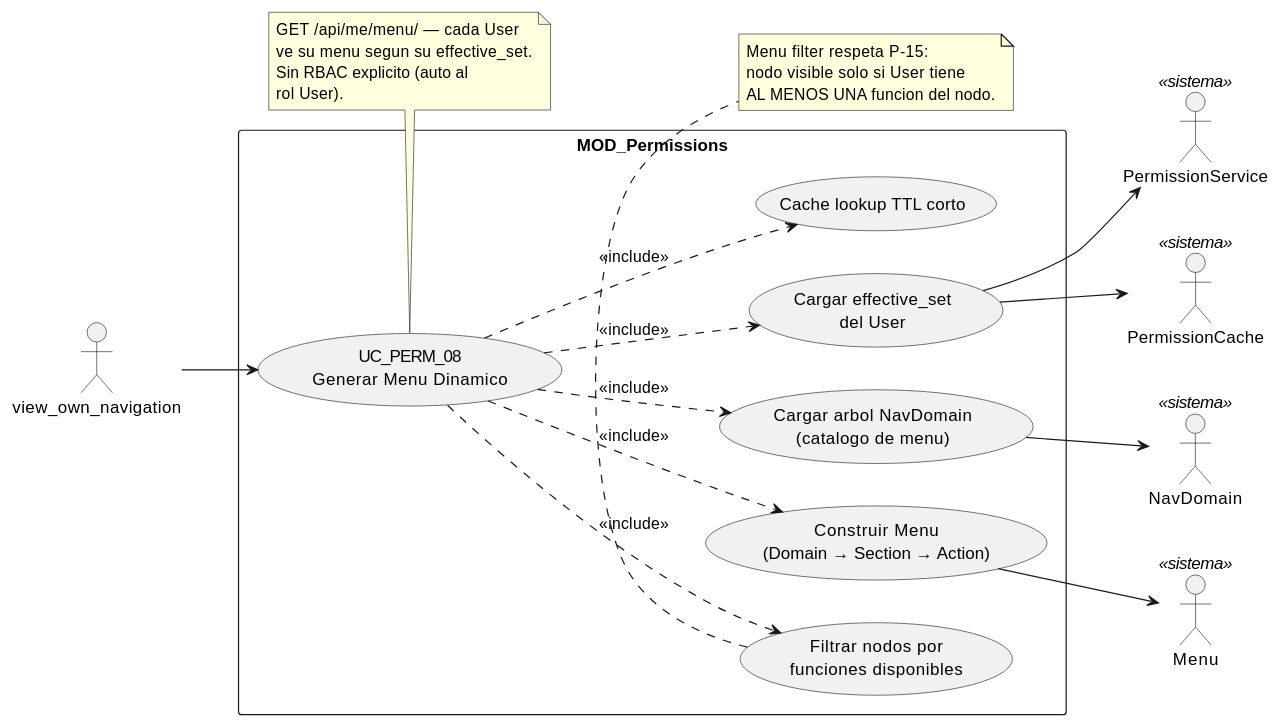
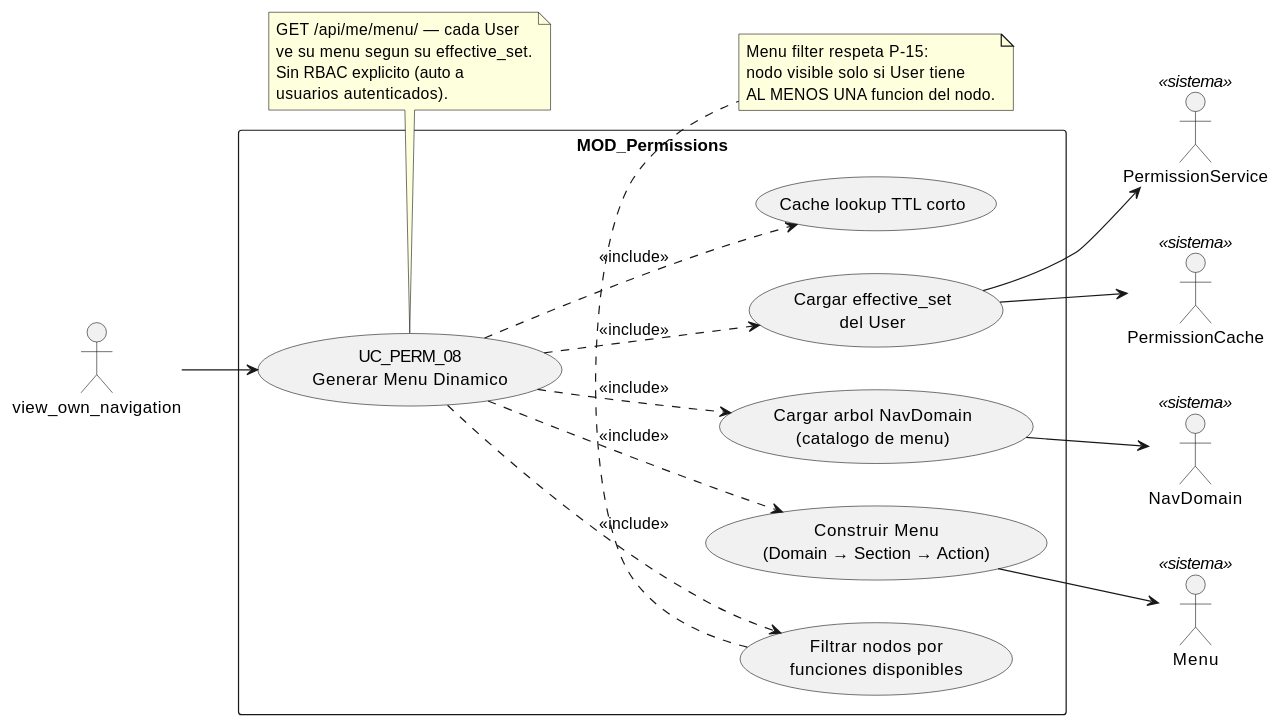
Before and after one commit to jcg-admin/IACT-docs: the diagram in source/arquitectura-tecnica/use-case-view/permissions/uc-perm-08-generar-menu-dinamico.rst, drawn with PlantUML. The commit also changed other lines of this file, not shown here.

Commit message:
Apply STD-010 Cat-C in permissions/uc-perm-08
T-026: 'rol User' -> 'usuarios autenticados' (2 refs).

Refs: T-026, STD-010 Cat-C, A-005

```diff
--- a/source/arquitectura-tecnica/use-case-view/permissions/uc-perm-08-generar-menu-dinamico.rst
+++ b/source/arquitectura-tecnica/use-case-view/permissions/uc-perm-08-generar-menu-dinamico.rst
@@ -25,49 +25,49 @@
 .. uml::
  :caption: UC_PERM_08 — actores y casos asociados.
 
  @startuml
 
  left to right direction
 
  actor "view_own_navigation" as view_own_navigation
  actor "PermissionService" as PermissionService <<sistema>>
  actor "PermissionCache" as PermissionCache <<sistema>>
  actor "NavDomain" as NavDomain <<sistema>>
  actor "Menu" as Menu <<sistema>>
 
  rectangle "MOD_Permissions" {
    usecase "UC_PERM_08\nGenerar Menu Dinamico" as UC_PERM_08
    usecase "Cargar effective_set\ndel User" as LOAD_EFFECTIVE
    usecase "Cargar arbol NavDomain\n(catalogo de menu)" as LOAD_NAV
    usecase "Filtrar nodos por\nfunciones disponibles" as FILTRAR
    usecase "Construir Menu\n(Domain → Section → Action)" as CONSTRUIR
    usecase "Cache lookup TTL corto" as CACHE_LOOKUP
  }
 
  view_own_navigation --> UC_PERM_08
 
  UC_PERM_08 ..> CACHE_LOOKUP : <<include>>
  UC_PERM_08 ..> LOAD_EFFECTIVE : <<include>>
  UC_PERM_08 ..> LOAD_NAV : <<include>>
  UC_PERM_08 ..> FILTRAR : <<include>>
  UC_PERM_08 ..> CONSTRUIR : <<include>>
 
  LOAD_EFFECTIVE --> PermissionService
  LOAD_EFFECTIVE --> PermissionCache
  LOAD_NAV --> NavDomain
  CONSTRUIR --> Menu
 
  note bottom of UC_PERM_08
    GET /api/me/menu/ — cada User
    ve su menu segun su effective_set.
-   Sin RBAC explicito (auto al
-   rol User).
+   Sin RBAC explicito (auto a
+   usuarios autenticados).
  end note
 
  note bottom of FILTRAR
    Menu filter respeta P-15:
    nodo visible solo si User tiene
    AL MENOS UNA funcion del nodo.
  end note
 
  @enduml
```
